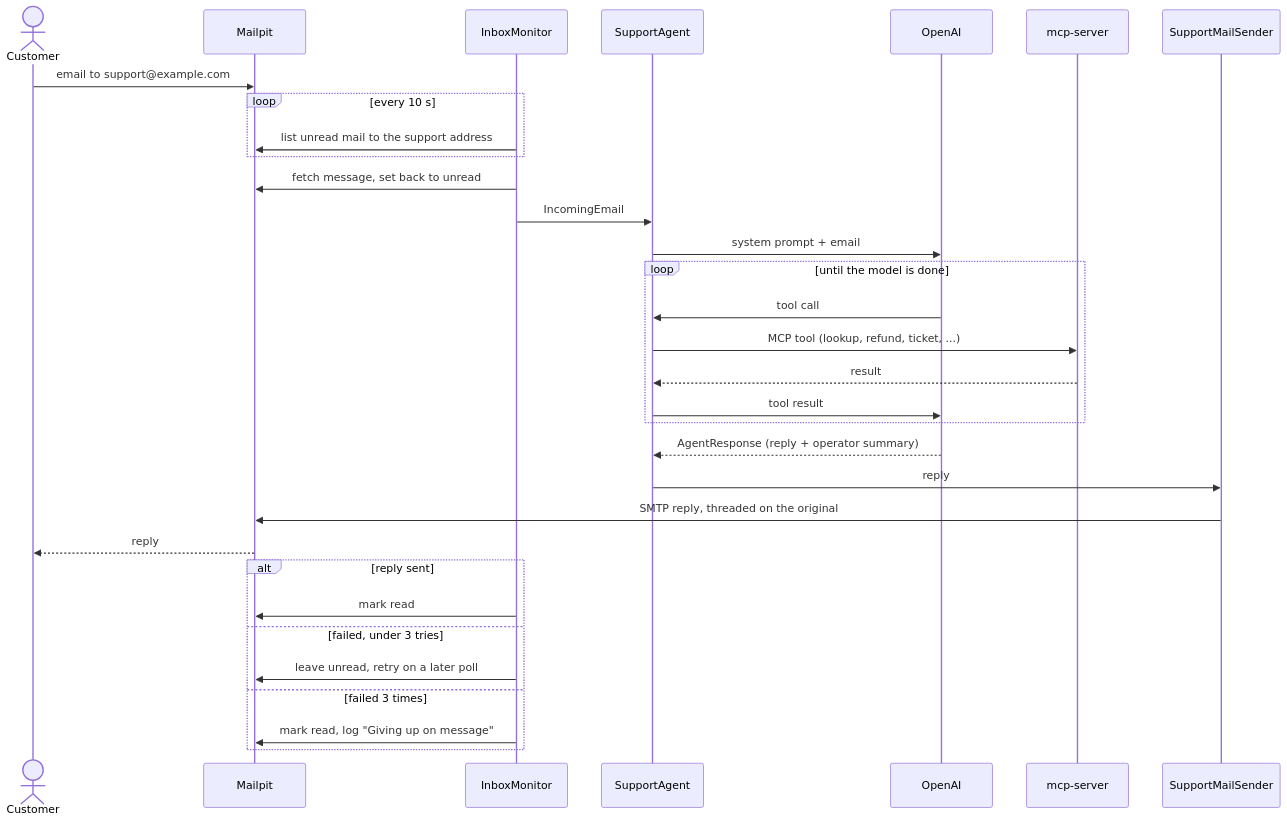
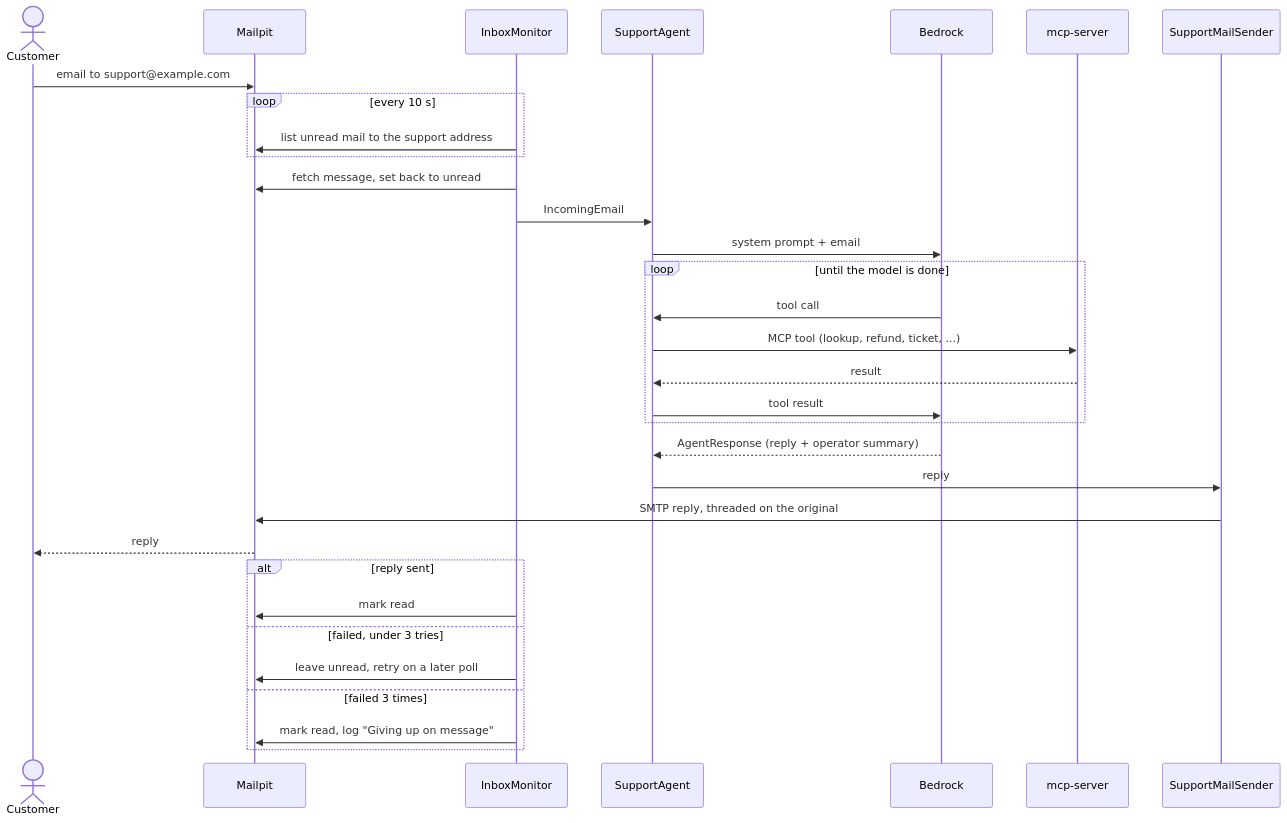
Before and after one commit to souissimehdi/support-ai-agent: the diagram in support-agent/README.md, drawn with Mermaid. The commit also changed other lines of this file and 4 other files, not shown here.

````diff
--- a/support-agent/README.md
+++ b/support-agent/README.md
@@ -33,35 +48,35 @@
 ```mermaid
 sequenceDiagram
     actor C as Customer
     participant M as Mailpit
     participant I as InboxMonitor
     participant A as SupportAgent
-    participant O as OpenAI
+    participant O as Bedrock
     participant T as mcp-server
     participant S as SupportMailSender
 
     C->>M: email to support@example.com
     loop every 10 s
         I->>M: list unread mail to the support address
     end
     I->>M: fetch message, set back to unread
     I->>A: IncomingEmail
     A->>O: system prompt + email
     loop until the model is done
         O->>A: tool call
         A->>T: MCP tool (lookup, refund, ticket, ...)
         T-->>A: result
         A->>O: tool result
     end
     O-->>A: AgentResponse (reply + operator summary)
     A->>S: reply
     S->>M: SMTP reply, threaded on the original
     M-->>C: reply
     alt reply sent
         I->>M: mark read
     else failed, under 3 tries
         I->>M: leave unread, retry on a later poll
     else failed 3 times
         I->>M: mark read, log "Giving up on message"
     end
 ```
````
